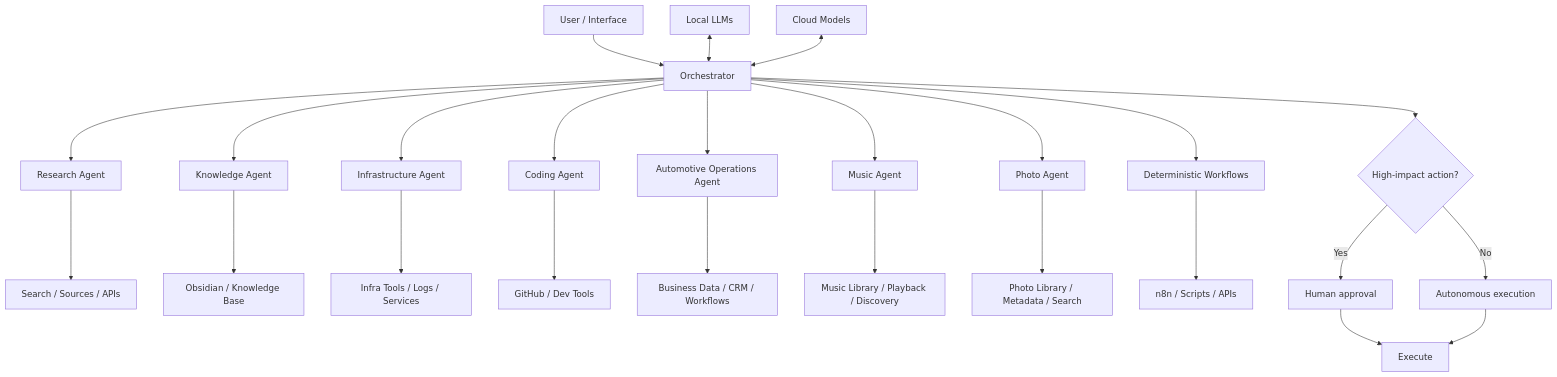
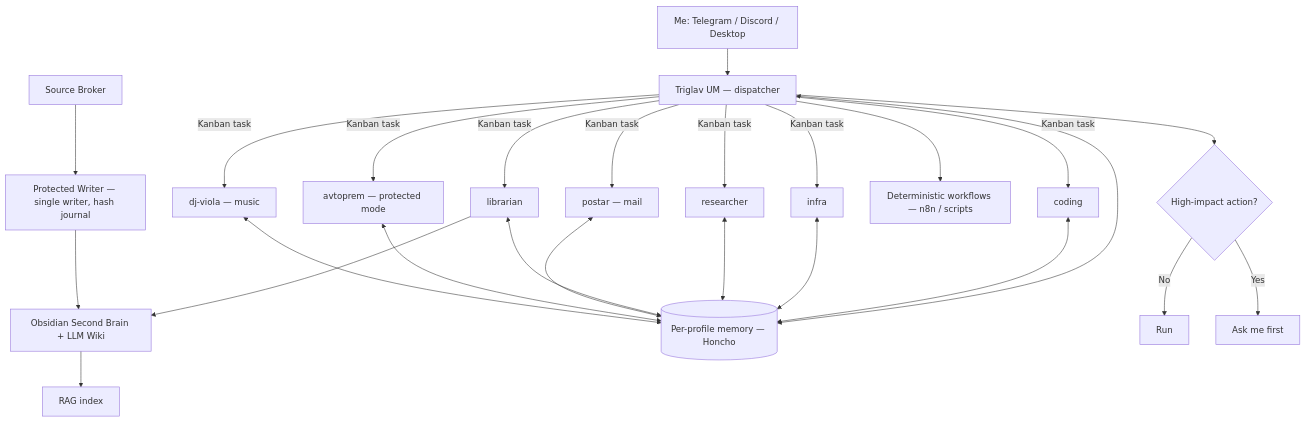
One commit to p0ki/personal-ai-infrastructure changed the diagram in README.md. Above: the diagram before and after it, drawn with Mermaid. The commit also changed other lines of this file and 1 other file, not shown here.

Commit message:
Update architecture map to the current multi-agent setup
Diagram and roster now match the live profiles (dispatcher plus specialists),
plus sections on Kanban-based work routing, per-profile memory and the
single-writer knowledge pipeline. Adds the MIT license.

````diff
--- a/README.md
+++ b/README.md
@@ -29,31 +29,24 @@
 ```mermaid
 flowchart TD
-    U[User / Interface] --> O[Orchestrator]
+    U[Me: Telegram / Discord / Desktop] --> T[Triglav UM — dispatcher]
 
-    O --> R[Research Agent]
-    O --> K[Knowledge Agent]
-    O --> I[Infrastructure Agent]
-    O --> C[Coding Agent]
-    O --> B[Automotive Operations Agent]
-    O --> M[Music Agent]
-    O --> P[Photo Agent]
-    O --> D[Deterministic Workflows]
+    T -->|Kanban task| C[coding]
+    T -->|Kanban task| I[infra]
+    T -->|Kanban task| R[researcher]
+    T -->|Kanban task| L[librarian]
+    T -->|Kanban task| P[postar — mail]
+    T -->|Kanban task| A[avtoprem — protected mode]
+    T -->|Kanban task| M[dj-viola — music]
+    T --> D[Deterministic workflows — n8n / scripts]
 
-    R --> RS[Search / Sources / APIs]
-    K --> KB[Obsidian / Knowledge Base]
-    I --> IT[Infra Tools / Logs / Services]
-    C --> GH[GitHub / Dev Tools]
-    B --> BO[Business Data / CRM / Workflows]
-    M --> MU[Music Library / Playback / Discovery]
-    P --> PH[Photo Library / Metadata / Search]
-    D --> N8N[n8n / Scripts / APIs]
+    L --> KB[Obsidian Second Brain + LLM Wiki]
+    SB[Source Broker] --> W[Protected Writer — single writer, hash journal] --> KB
+    KB --> RAG[RAG index]
 
-    LM[Local LLMs] <--> O
-    CM[Cloud Models] <--> O
+    T <--> MEM[(Per-profile memory — Honcho)]
+    C & I & R & L & P & A & M <--> MEM
 
-    O --> G{High-impact action?}
-    G -->|No| AUTO[Autonomous execution]
-    G -->|Yes| HUMAN[Human approval]
-    HUMAN --> EXEC[Execute]
-    AUTO --> EXEC
+    T --> G{High-impact action?}
+    G -->|No| AUTO[Run]
+    G -->|Yes| HUMAN[Ask me first]
 ```
````
